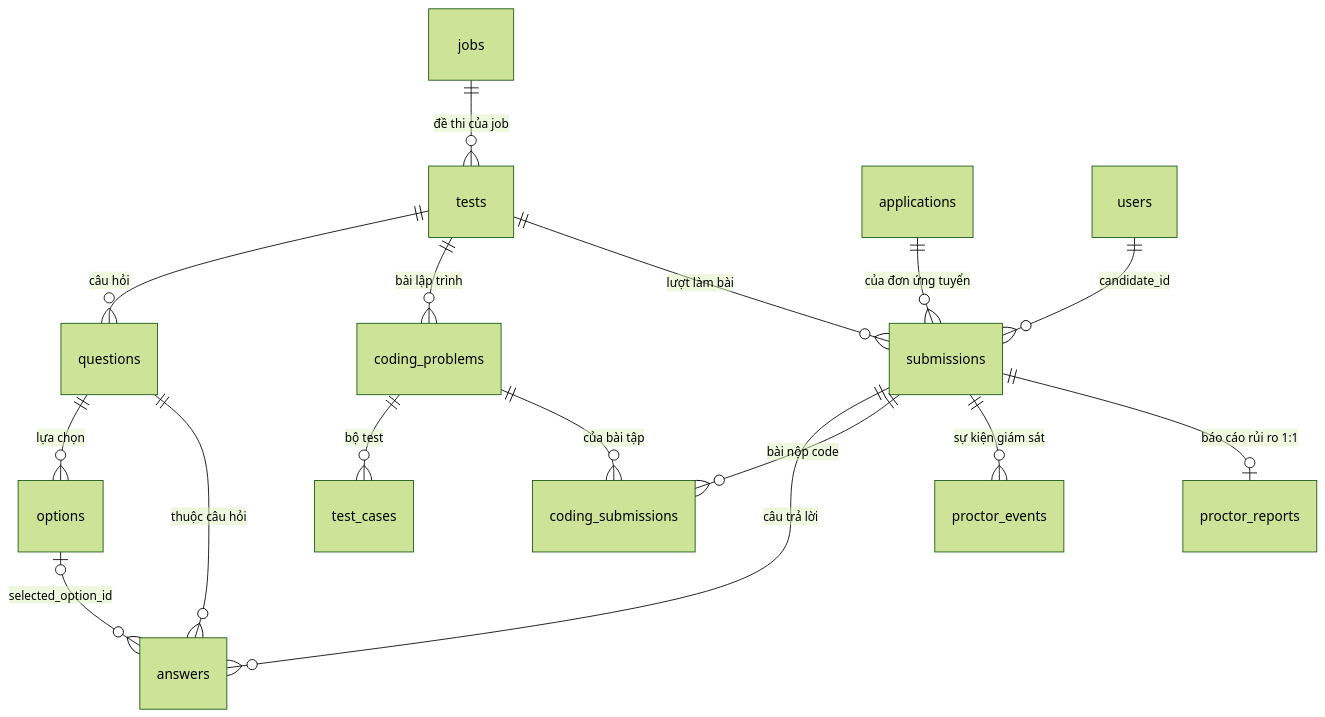
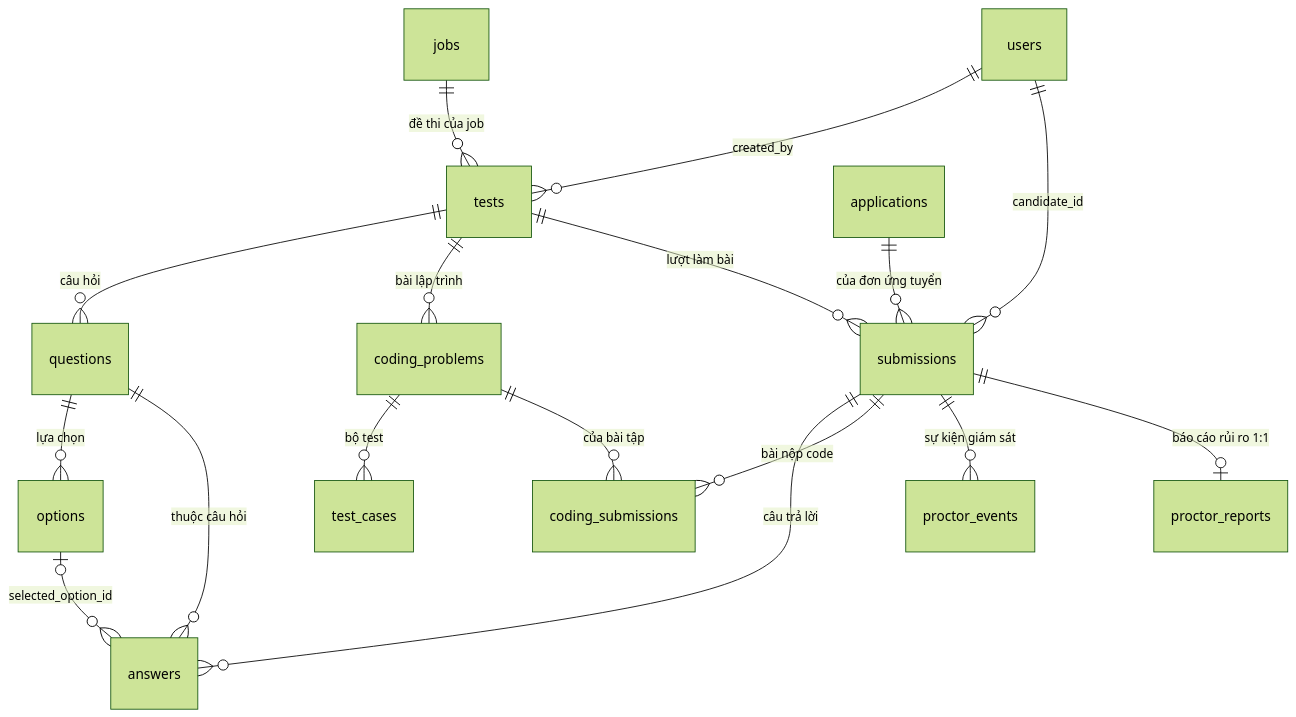
One commit to hieupnh12/SmartHire-AI changed the seventh of 12 diagrams in docs/database/README.md. Above: the diagram before and after it, drawn with Mermaid (forest theme). The commit also changed other lines of this file and 30 other files, not shown here.

````diff
--- a/docs/database/README.md
+++ b/docs/database/README.md
@@ -436,22 +437,23 @@
 ```mermaid
 erDiagram
     jobs ||--o{ tests : "đề thi của job"
+    users ||--o{ tests : "created_by"
     tests ||--o{ questions : "câu hỏi"
     questions ||--o{ options : "lựa chọn"
     tests ||--o{ coding_problems : "bài lập trình"
     coding_problems ||--o{ test_cases : "bộ test"
 
     tests ||--o{ submissions : "lượt làm bài"
     applications ||--o{ submissions : "của đơn ứng tuyển"
     users ||--o{ submissions : "candidate_id"
 
     submissions ||--o{ answers : "câu trả lời"
     questions ||--o{ answers : "thuộc câu hỏi"
     options |o--o{ answers : "selected_option_id"
 
     submissions ||--o{ coding_submissions : "bài nộp code"
     coding_problems ||--o{ coding_submissions : "của bài tập"
 
     submissions ||--o{ proctor_events : "sự kiện giám sát"
     submissions ||--o| proctor_reports : "báo cáo rủi ro 1:1"
 ```
````
